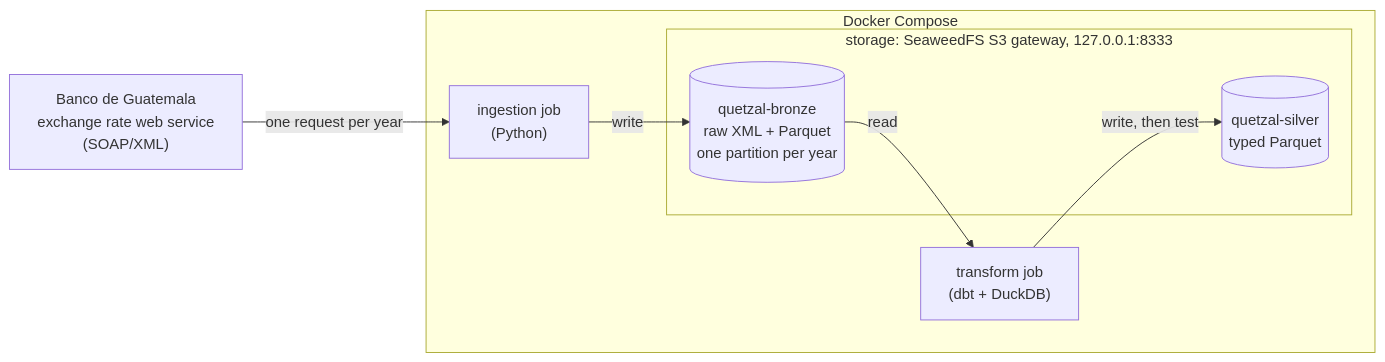
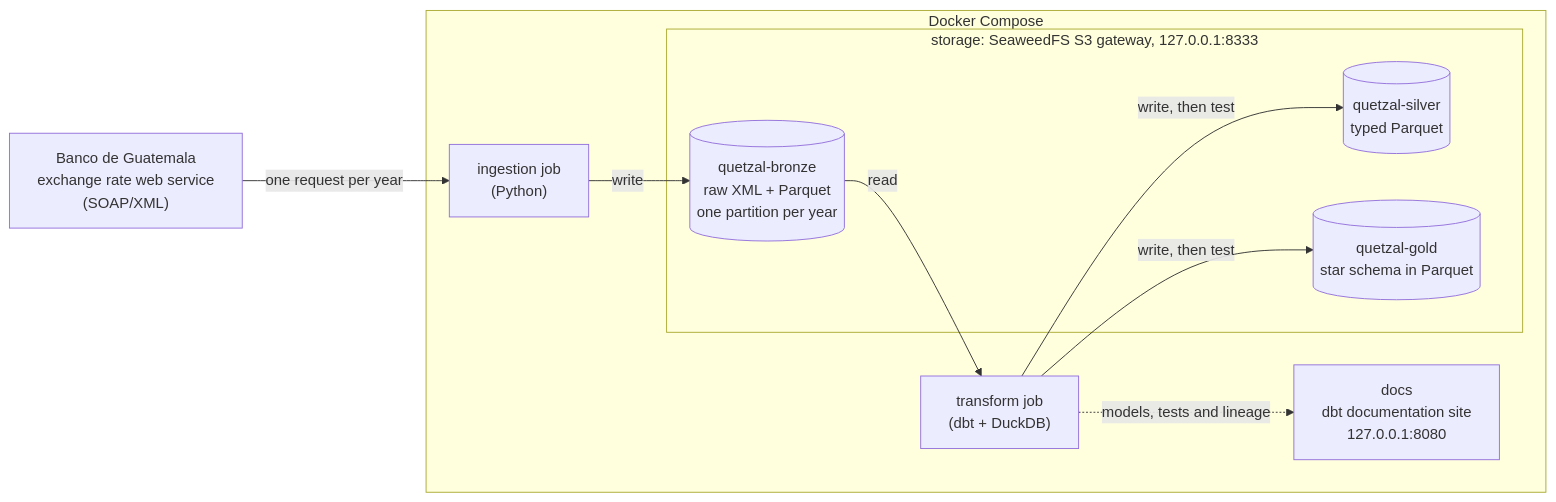
One commit to Carlosmarroquin20/quetzal-lakehouse changed the first of 2 diagrams in README.md. Above: the diagram before and after it, drawn with Mermaid. The commit also changed other lines of this file, not shown here.

First line of the commit message:
Document the gold layer

````diff
--- a/README.md
+++ b/README.md
@@ -24,16 +26,20 @@
 ```mermaid
 flowchart LR
     banguat["Banco de Guatemala<br/>exchange rate web service<br/>(SOAP/XML)"]
     subgraph compose["Docker Compose"]
         ingestion["ingestion job<br/>(Python)"]
         transform["transform job<br/>(dbt + DuckDB)"]
+        docs["docs<br/>dbt documentation site<br/>127.0.0.1:8080"]
         subgraph storage["storage: SeaweedFS S3 gateway, 127.0.0.1:8333"]
             bronze[("quetzal-bronze<br/>raw XML + Parquet<br/>one partition per year")]
             silver[("quetzal-silver<br/>typed Parquet")]
+            gold[("quetzal-gold<br/>star schema in Parquet")]
         end
     end
     banguat -- "one request per year" --> ingestion
     ingestion -- "write" --> bronze
     bronze -- "read" --> transform
     transform -- "write, then test" --> silver
+    transform -- "write, then test" --> gold
+    transform -. "models, tests and lineage" .-> docs
 ```
````
